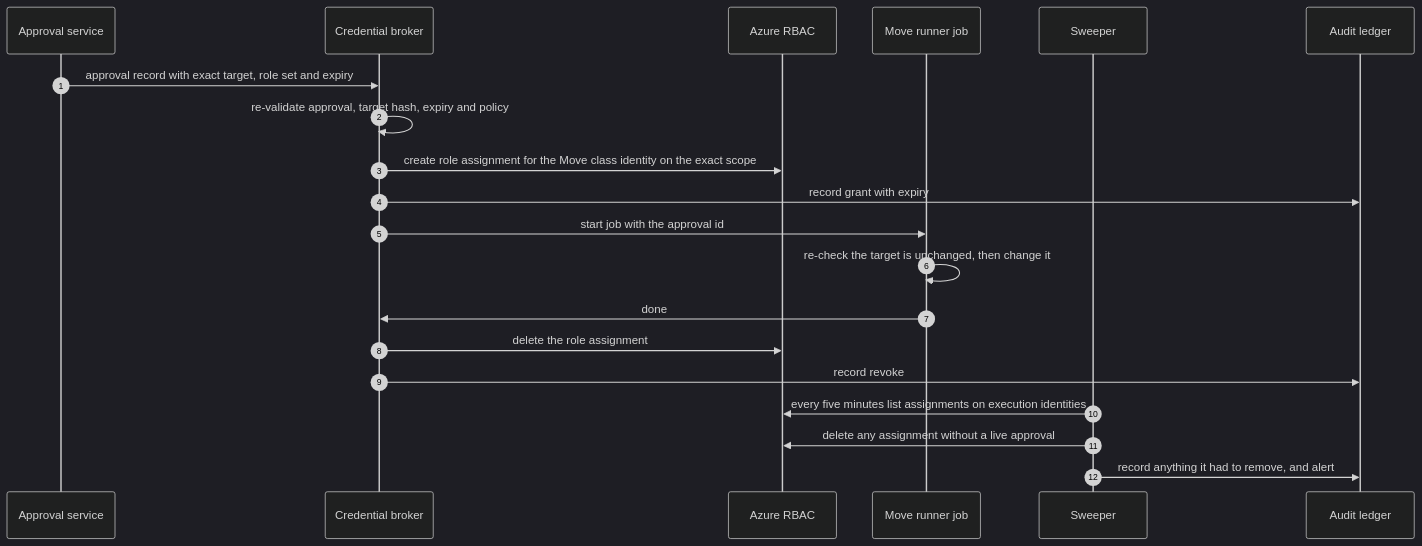
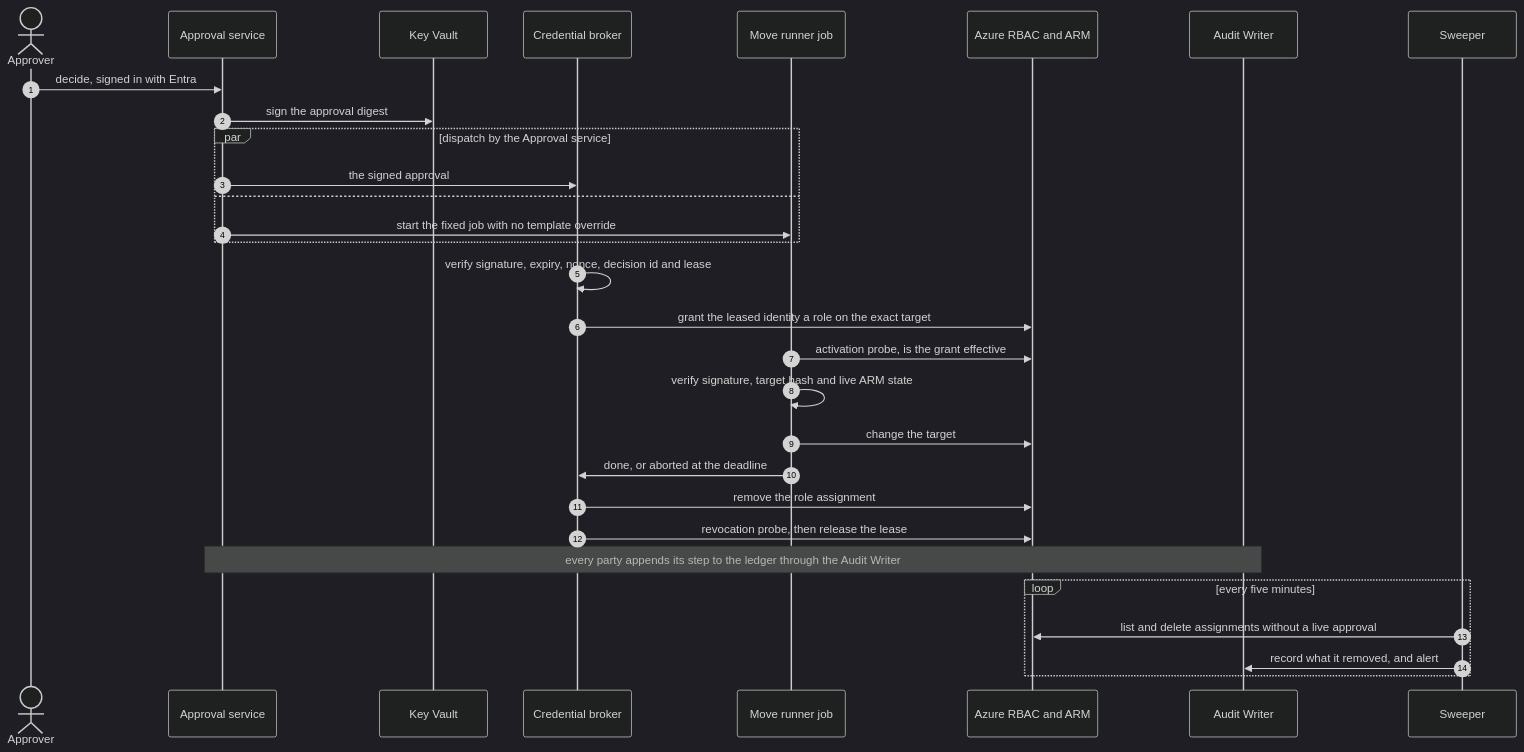
Before and after one commit to tinodo/meternaut: the first of 2 diagrams in docs/design/07-security-architecture.md, drawn with Mermaid (dark theme). The commit also changed other lines of this file and 23 other files, not shown here.

````diff
--- a/docs/design/07-security-architecture.md
+++ b/docs/design/07-security-architecture.md
@@ -61,22 +72,32 @@
 ```mermaid
 sequenceDiagram
     autonumber
+    actor HUM as Approver
     participant APR as Approval service
-    participant CRB as Credential broker
-    participant ARM as Azure RBAC
-    participant MVR as Move runner job
+    participant KV as Key Vault
+    participant BRK as Credential broker
+    participant RUN as Move runner job
+    participant ARM as Azure RBAC and ARM
+    participant AWR as Audit Writer
     participant SWP as Sweeper
-    participant LED as Audit ledger
-    APR->>CRB: approval record with exact target, role set and expiry
-    CRB->>CRB: re-validate approval, target hash, expiry and policy
-    CRB->>ARM: create role assignment for the Move class identity on the exact scope
-    CRB->>LED: record grant with expiry
-    CRB->>MVR: start job with the approval id
-    MVR->>MVR: re-check the target is unchanged, then change it
-    MVR->>CRB: done
-    CRB->>ARM: delete the role assignment
-    CRB->>LED: record revoke
-    SWP->>ARM: every five minutes list assignments on execution identities
-    SWP->>ARM: delete any assignment without a live approval
-    SWP->>LED: record anything it had to remove, and alert
+    HUM->>APR: decide, signed in with Entra
+    APR->>KV: sign the approval digest
+    par dispatch by the Approval service
+        APR->>BRK: the signed approval
+    and
+        APR->>RUN: start the fixed job with no template override
+    end
+    BRK->>BRK: verify signature, expiry, nonce, decision id and lease
+    BRK->>ARM: grant the leased identity a role on the exact target
+    RUN->>ARM: activation probe, is the grant effective
+    RUN->>RUN: verify signature, target hash and live ARM state
+    RUN->>ARM: change the target
+    RUN->>BRK: done, or aborted at the deadline
+    BRK->>ARM: remove the role assignment
+    BRK->>ARM: revocation probe, then release the lease
+    Note over APR,AWR: every party appends its step to the ledger through the Audit Writer
+    loop every five minutes
+        SWP->>ARM: list and delete assignments without a live approval
+        SWP->>AWR: record what it removed, and alert
+    end
 ```
````
